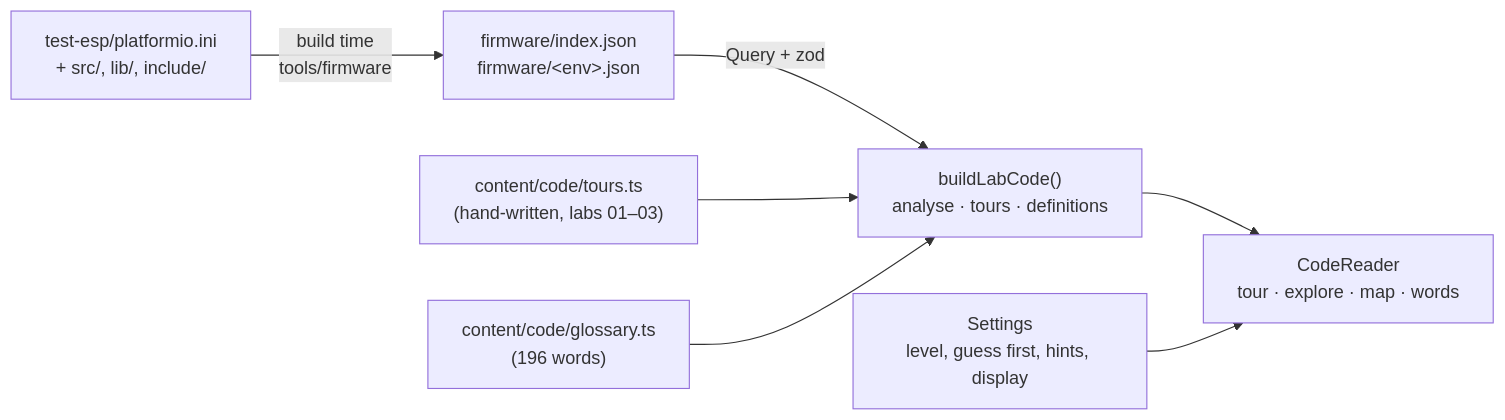
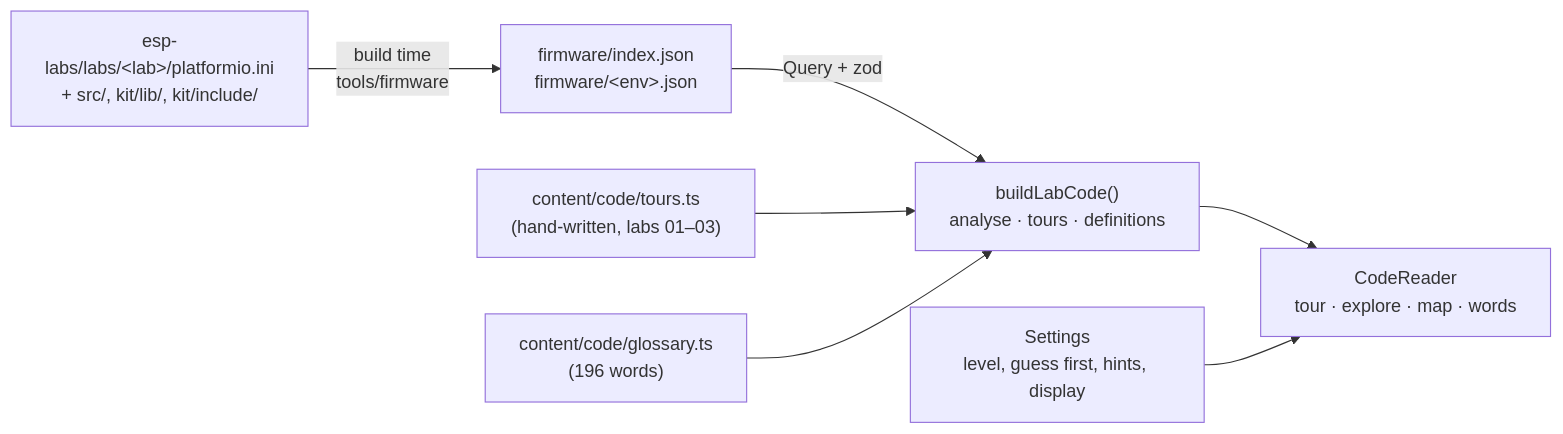
The fourth of 5 diagrams in docs/ARCHITECTURE.md (Cesarbautista10/esp-labs-web), drawn with Mermaid before and after one commit. The commit also changed other lines of this file and 48 other files, not shown here.

First line of the commit message:
feat(test-esp-web): read the lab code from the esp-labs monorepo

````diff
--- a/docs/ARCHITECTURE.md
+++ b/docs/ARCHITECTURE.md
@@ -139,9 +139,9 @@
 ```mermaid
 flowchart LR
-  pio["test-esp/platformio.ini<br/>+ src/, lib/, include/"] -->|"build time<br/>tools/firmware"| json["firmware/index.json<br/>firmware/&lt;env&gt;.json"]
+  pio["esp-labs/labs/&lt;lab&gt;/platformio.ini<br/>+ src/, kit/lib/, kit/include/"] -->|"build time<br/>tools/firmware"| json["firmware/index.json<br/>firmware/&lt;env&gt;.json"]
   json -->|"Query + zod"| lab["buildLabCode()<br/>analyse · tours · definitions"]
   tours["content/code/tours.ts<br/>(hand-written, labs 01–03)"] --> lab
   words["content/code/glossary.ts<br/>(196 words)"] --> lab
   lab --> reader["CodeReader<br/>tour · explore · map · words"]
   settings["Settings<br/>level, guess first, hints, display"] --> reader
 ```
````
